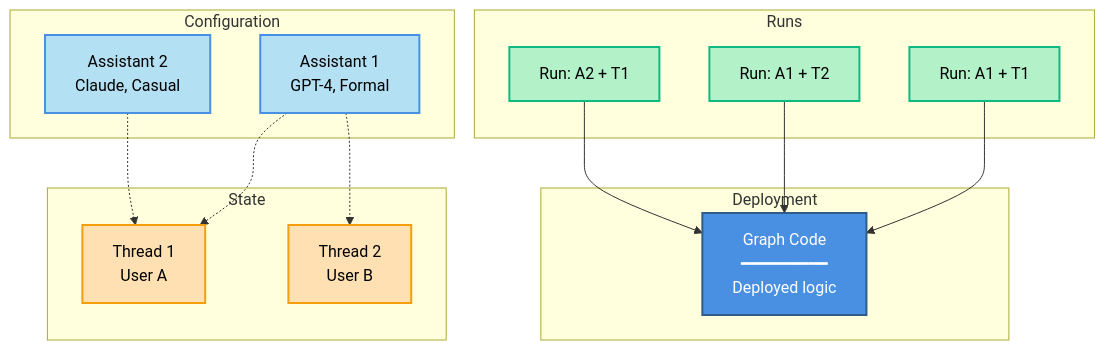
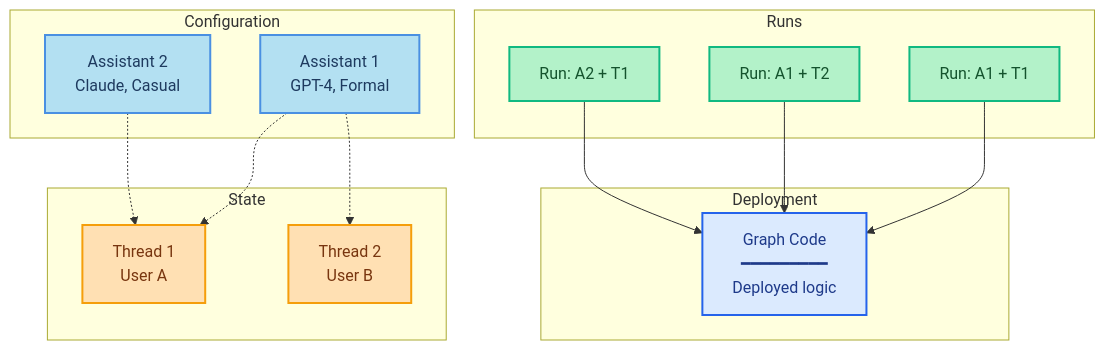
The third of 3 diagrams in langsmith/assistants.mdx (kunfan96/cndocs-langchain), drawn with Mermaid before and after one commit. The commit also changed other lines of this file and 2533 other files, not shown here.

````diff
--- a/langsmith/assistants.mdx
+++ b/langsmith/assistants.mdx
@@ -132,39 +132,39 @@
 ```mermaid
 flowchart TB
     subgraph deploy[Deployment]
         G[Graph Code<br/>━━━━━━━━━<br/>Deployed logic]
     end
 
     subgraph config[Configuration]
         A1[Assistant 1<br/>GPT-4, Formal]
         A2[Assistant 2<br/>Claude, Casual]
     end
 
     subgraph state[State]
         T1[Thread 1<br/>User A]
         T2[Thread 2<br/>User B]
     end
 
     subgraph runs[Runs]
         A1T1["Run: A1 + T1"]
         A1T2["Run: A1 + T2"]
         A2T1["Run: A2 + T1"]
     end
 
     A1 -.-> T1
     A1 -.-> T2
     A2 -.-> T1
 
     A1T1 --> G
     A1T2 --> G
     A2T1 --> G
 
-    style G fill:#4A90E2,stroke:#2E5C8A,stroke-width:2px,color:#fff
-    style A1 fill:#B3E0F2,stroke:#4A90E2,stroke-width:2px,color:#000
-    style A2 fill:#B3E0F2,stroke:#4A90E2,stroke-width:2px,color:#000
-    style T1 fill:#FFE0B3,stroke:#F59E0B,stroke-width:2px,color:#000
-    style T2 fill:#FFE0B3,stroke:#F59E0B,stroke-width:2px,color:#000
-    style A1T1 fill:#B3F2C9,stroke:#10B981,stroke-width:2px,color:#000
-    style A1T2 fill:#B3F2C9,stroke:#10B981,stroke-width:2px,color:#000
-    style A2T1 fill:#B3F2C9,stroke:#10B981,stroke-width:2px,color:#000
+    style G fill:#DBEAFE,stroke:#2563EB,stroke-width:2px,color:#1E3A8A
+    style A1 fill:#B3E0F2,stroke:#4A90E2,stroke-width:2px,color:#1E3A5F
+    style A2 fill:#B3E0F2,stroke:#4A90E2,stroke-width:2px,color:#1E3A5F
+    style T1 fill:#FFE0B3,stroke:#F59E0B,stroke-width:2px,color:#78350F
+    style T2 fill:#FFE0B3,stroke:#F59E0B,stroke-width:2px,color:#78350F
+    style A1T1 fill:#B3F2C9,stroke:#10B981,stroke-width:2px,color:#14532D
+    style A1T2 fill:#B3F2C9,stroke:#10B981,stroke-width:2px,color:#14532D
+    style A2T1 fill:#B3F2C9,stroke:#10B981,stroke-width:2px,color:#14532D
 ```
````
